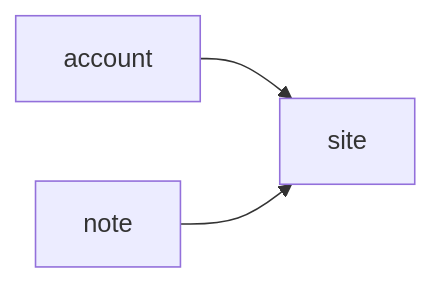
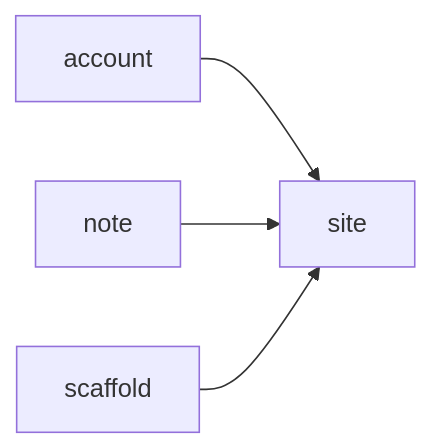
One commit to Ignibyte/aic-nextgen changed the diagram in docs/wiki/README.md. Above: the diagram before and after it, drawn with Mermaid. The commit also changed other lines of this file and 99 other files, not shown here.

````diff
--- a/docs/wiki/README.md
+++ b/docs/wiki/README.md
@@ -15,6 +16,7 @@
 ```mermaid
 graph LR
     site
     account --> site
     note --> site
+    scaffold --> site
 ```
````
